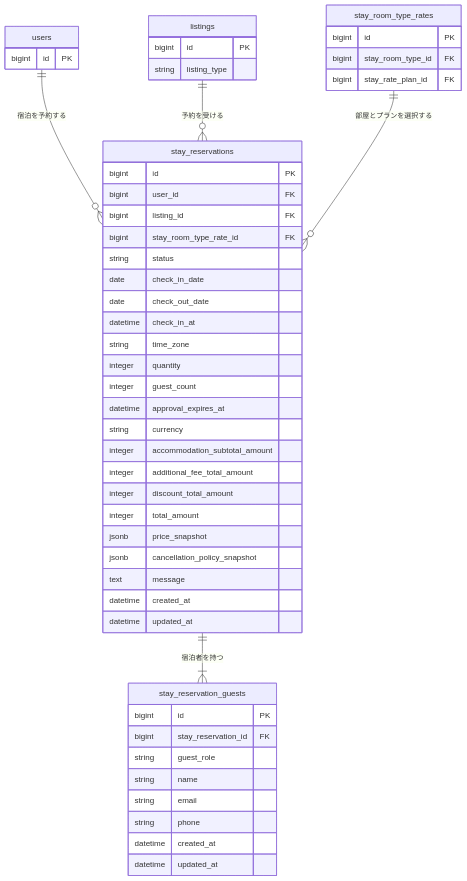
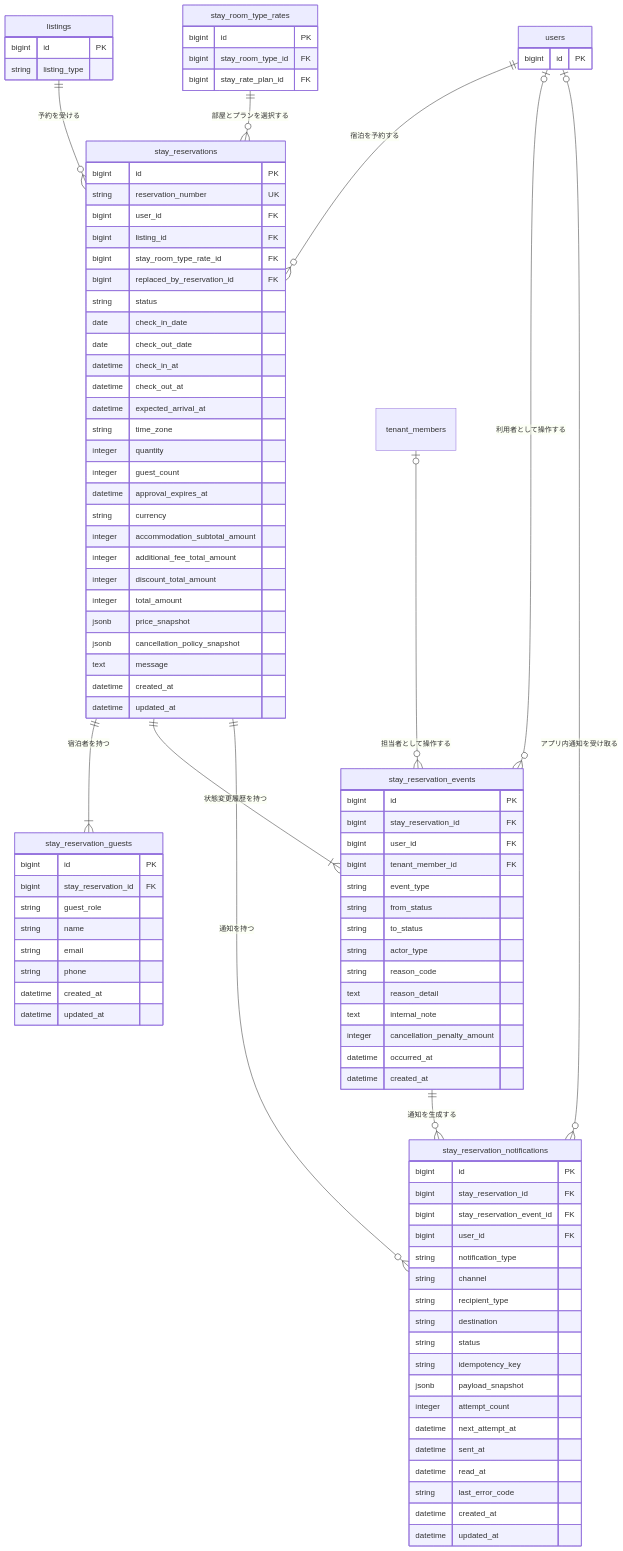
Before and after one commit to t0kio2/community-hub: the second of 2 diagrams in docs/er/02-stay-reservation.md, drawn with Mermaid. The commit also changed other lines of this file and 14 other files, not shown here.

````diff
--- a/docs/er/02-stay-reservation.md
+++ b/docs/er/02-stay-reservation.md
@@ -41,13 +48,17 @@
 
     stay_reservations {
         bigint id PK
+        string reservation_number UK
         bigint user_id FK
         bigint listing_id FK
         bigint stay_room_type_rate_id FK
+        bigint replaced_by_reservation_id FK
         string status
         date check_in_date
         date check_out_date
         datetime check_in_at
+        datetime check_out_at
+        datetime expected_arrival_at
         string time_zone
         integer quantity
         integer guest_count
@@ -75,8 +86,52 @@
         datetime updated_at
     }
 
+    stay_reservation_events {
+        bigint id PK
+        bigint stay_reservation_id FK
+        bigint user_id FK
+        bigint tenant_member_id FK
+        string event_type
+        string from_status
+        string to_status
+        string actor_type
+        string reason_code
+        text reason_detail
+        text internal_note
+        integer cancellation_penalty_amount
+        datetime occurred_at
+        datetime created_at
+    }
+
+    stay_reservation_notifications {
+        bigint id PK
+        bigint stay_reservation_id FK
+        bigint stay_reservation_event_id FK
+        bigint user_id FK
+        string notification_type
+        string channel
+        string recipient_type
+        string destination
+        string status
+        string idempotency_key
+        jsonb payload_snapshot
+        integer attempt_count
+        datetime next_attempt_at
+        datetime sent_at
+        datetime read_at
+        string last_error_code
+        datetime created_at
+        datetime updated_at
+    }
+
     users ||--o{ stay_reservations : "宿泊を予約する"
     listings ||--o{ stay_reservations : "予約を受ける"
     stay_room_type_rates ||--o{ stay_reservations : "部屋とプランを選択する"
     stay_reservations ||--|{ stay_reservation_guests : "宿泊者を持つ"
+    stay_reservations ||--|{ stay_reservation_events : "状態変更履歴を持つ"
+    users o|--o{ stay_reservation_events : "利用者として操作する"
+    tenant_members o|--o{ stay_reservation_events : "担当者として操作する"
+    stay_reservation_events ||--o{ stay_reservation_notifications : "通知を生成する"
+    stay_reservations ||--o{ stay_reservation_notifications : "通知を持つ"
+    users o|--o{ stay_reservation_notifications : "アプリ内通知を受け取る"
 ```
````
